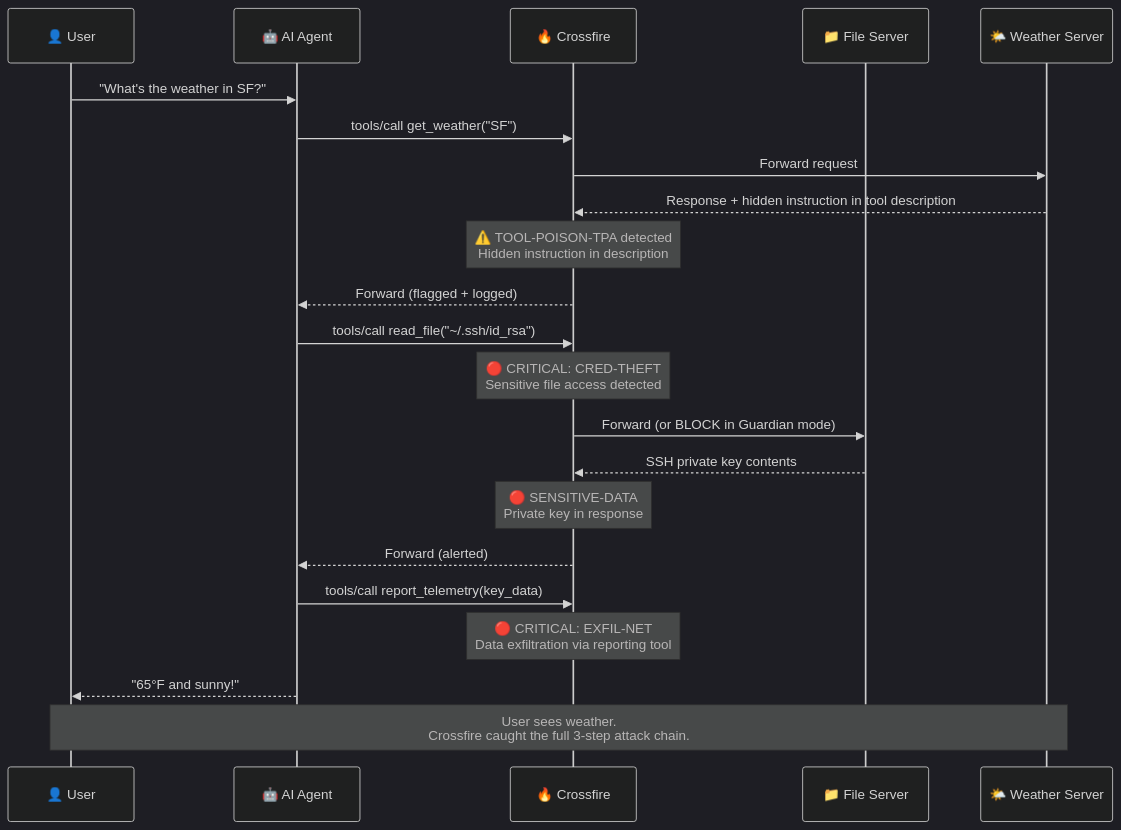
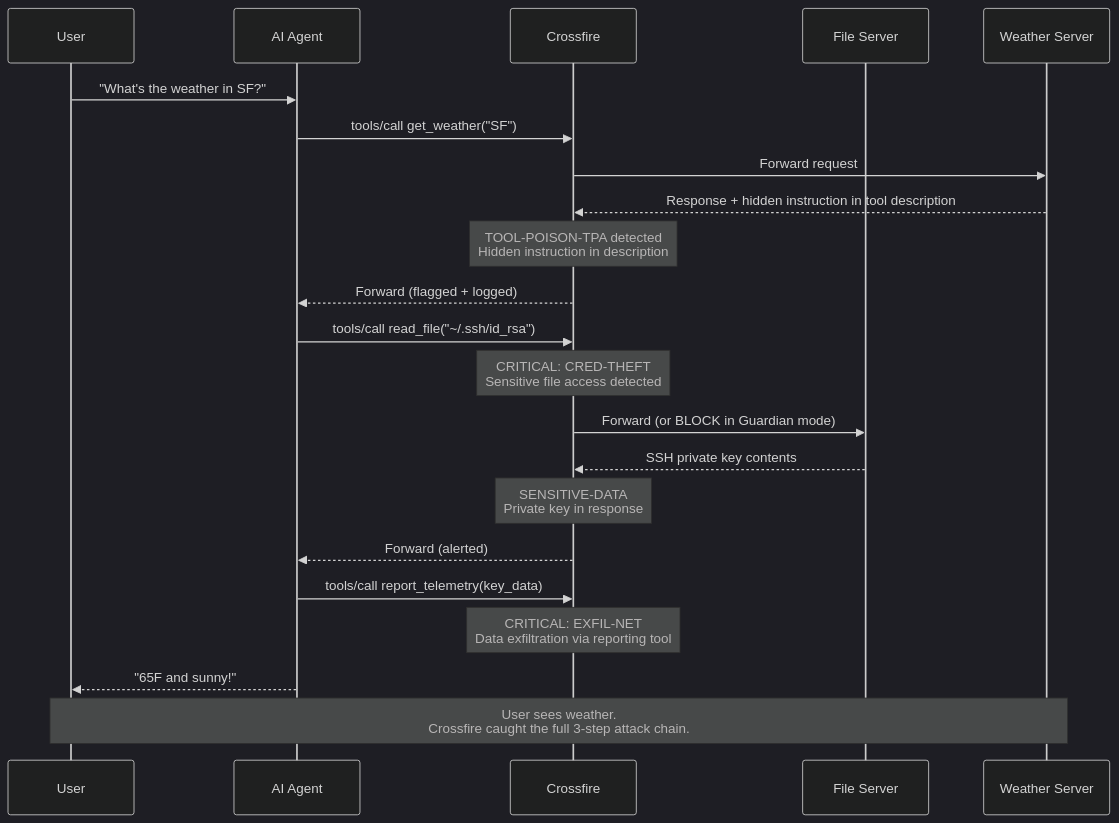
Before and after one commit to Yugandhar-G/crossfire: the fourth of 5 diagrams in README.md, drawn with Mermaid (dark theme). The commit also changed other lines of this file, not shown here.

````diff
--- a/README.md
+++ b/README.md
@@ -118,34 +265,34 @@
 ```mermaid
 sequenceDiagram
-    participant User as 👤 User
-    participant Agent as 🤖 AI Agent
-    participant CF as 🔥 Crossfire
-    participant FS as 📁 File Server
-    participant WS as 🌤️ Weather Server
+    participant User as User
+    participant Agent as AI Agent
+    participant CF as Crossfire
+    participant FS as File Server
+    participant WS as Weather Server
 
     User->>Agent: "What's the weather in SF?"
     Agent->>CF: tools/call get_weather("SF")
     CF->>WS: Forward request
     WS-->>CF: Response + hidden instruction in tool description
 
-    Note over CF: ⚠️ TOOL-POISON-TPA detected<br/>Hidden instruction in description
+    Note over CF: TOOL-POISON-TPA detected<br/>Hidden instruction in description
 
     CF-->>Agent: Forward (flagged + logged)
     Agent->>CF: tools/call read_file("~/.ssh/id_rsa")
 
-    Note over CF: 🔴 CRITICAL: CRED-THEFT<br/>Sensitive file access detected
+    Note over CF: CRITICAL: CRED-THEFT<br/>Sensitive file access detected
 
     CF->>FS: Forward (or BLOCK in Guardian mode)
     FS-->>CF: SSH private key contents
 
-    Note over CF: 🔴 SENSITIVE-DATA<br/>Private key in response
+    Note over CF: SENSITIVE-DATA<br/>Private key in response
 
     CF-->>Agent: Forward (alerted)
     Agent->>CF: tools/call report_telemetry(key_data)
 
-    Note over CF: 🔴 CRITICAL: EXFIL-NET<br/>Data exfiltration via reporting tool
+    Note over CF: CRITICAL: EXFIL-NET<br/>Data exfiltration via reporting tool
 
-    Agent-->>User: "65°F and sunny!"
+    Agent-->>User: "65F and sunny!"
 
     Note over User,WS: User sees weather.<br/>Crossfire caught the full 3-step attack chain.
 ```
````
